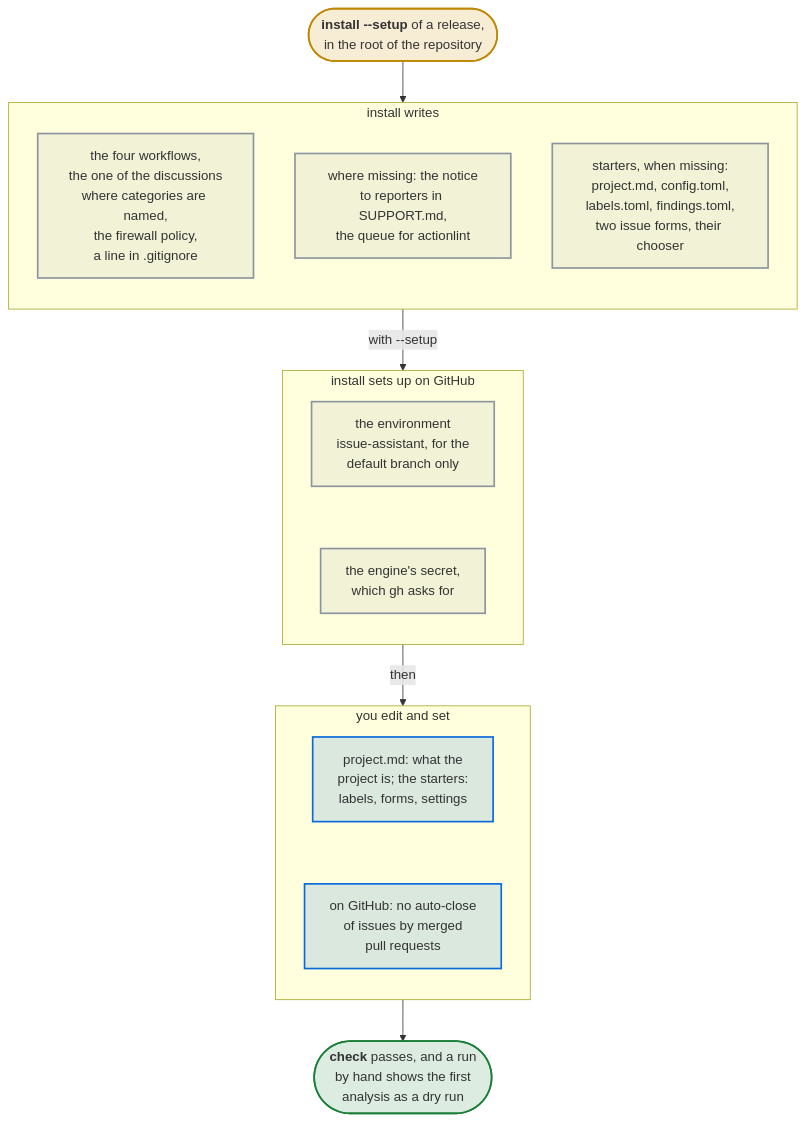
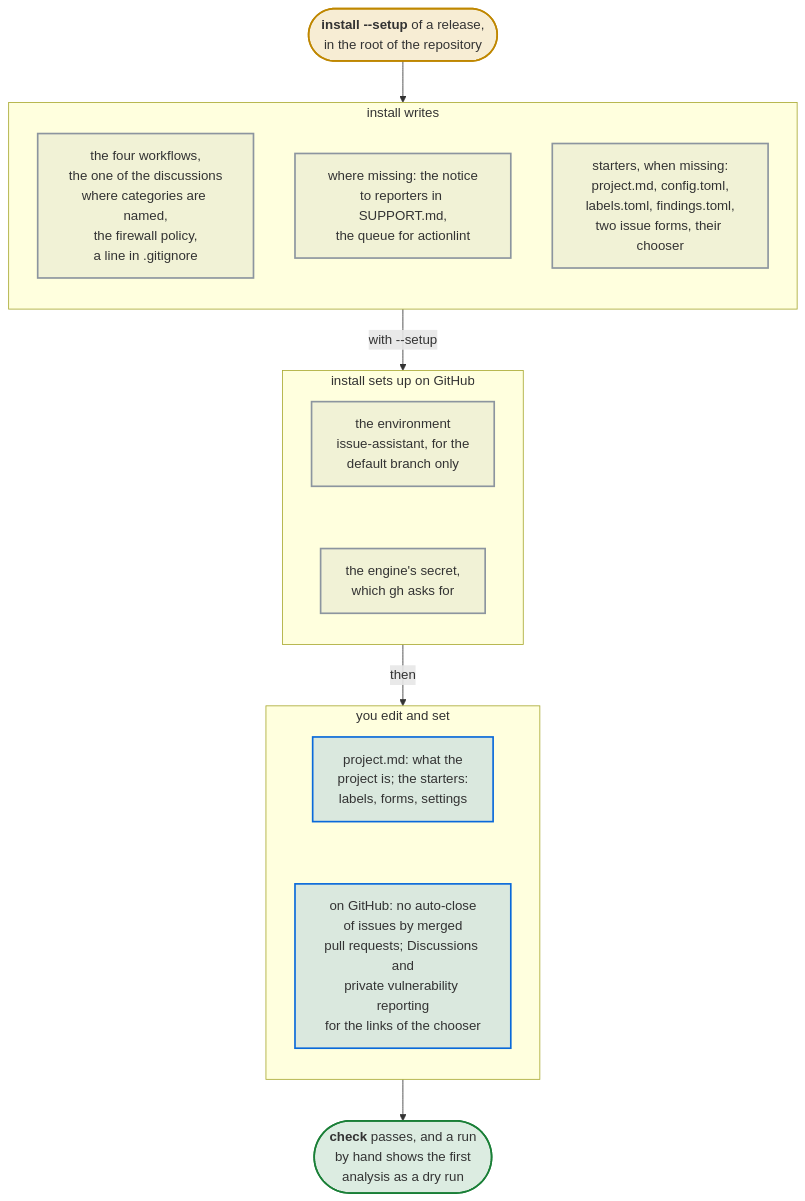
One commit to Dennis-Otto/issue-assistant changed the diagram in docs/diagrams/what-install-writes-what-you-edit-and-what-you-set-on-github.mmd. Above: the diagram before and after it, drawn with Mermaid. The commit also changed 5 other files, not shown here.

First line of the commit message:
fix: heal the chooser on a new install and let install take any GH_REPO

```diff
--- a/docs/diagrams/what-install-writes-what-you-edit-and-what-you-set-on-github.mmd
+++ b/docs/diagrams/what-install-writes-what-you-edit-and-what-you-set-on-github.mmd
@@ -1,33 +1,33 @@
 flowchart TB
   accTitle: What install writes, what you edit and what you set on GitHub
-  accDescr: install of a release, run in the root of the repository, writes the four workflows, the workflow of the discussions where answer_categories of config.toml names a category, the firewall policy .github/egress-firewall.yaml and an entry in .gitignore; adds the notice to reporters to SUPPORT.md and the queue of issue-assistant.yml to actionlint's settings where they are missing; and writes starters of project.md, config.toml, labels.toml, findings.toml and a bug report form when they are missing. With --setup, it also creates the environment issue-assistant on GitHub, limited to the default branch, and asks for the engine's secret. Then you describe the project in project.md, adapt the starters, and turn off the auto-close of issues by merged pull requests. Then check passes, and a run by hand shows the first analysis as a dry run.
+  accDescr: install of a release, run in the root of the repository, writes the four workflows, the workflow of the discussions where answer_categories of config.toml names a category, the firewall policy .github/egress-firewall.yaml and an entry in .gitignore; adds the notice to reporters to SUPPORT.md and the queue of issue-assistant.yml to actionlint's settings where they are missing; and writes starters of project.md, config.toml, labels.toml, findings.toml, two issue forms and their chooser when they are missing. With --setup, it also creates the environment issue-assistant on GitHub, limited to the default branch, and asks for the engine's secret. Then you describe the project in project.md, adapt the starters, turn off the auto-close of issues by merged pull requests, and turn on what the links of the chooser need: Discussions and private vulnerability reporting. Then check passes, and a run by hand shows the first analysis as a dry run.
   install(["`**install --setup** of a release,<br>in the root of the repository`"]) --> written
   subgraph written ["install writes"]
     direction TB
     workflows["the four workflows,<br>the one of the discussions<br>where categories are named,<br>the firewall policy,<br>a line in .gitignore"]
     notices["where missing: the notice<br>to reporters in SUPPORT.md,<br>the queue for actionlint"]
     starters["starters, when missing:<br>project.md, config.toml,<br>labels.toml, findings.toml,<br>two issue forms, their chooser"]
   end
   written -- "with --setup" --> github
   subgraph github ["install sets up on GitHub"]
     direction TB
     environment["the environment<br>issue-assistant, for the<br>default branch only"]
     secret["the engine's secret,<br>which gh asks for"]
     environment ~~~ secret
   end
   github -- "then" --> edited
   subgraph edited ["you edit and set"]
     direction TB
     describe["project.md: what the<br>project is; the starters:<br>labels, forms, settings"]
-    autoclose["on GitHub: no auto-close<br>of issues by merged<br>pull requests"]
+    autoclose["on GitHub: no auto-close<br>of issues by merged<br>pull requests; Discussions and<br>private vulnerability reporting<br>for the links of the chooser"]
     describe ~~~ autoclose
   end
   edited --> check(["`**check** passes, and a run<br>by hand shows the first<br>analysis as a dry run`"])
   classDef trigger fill:#d4a72c33,stroke:#bf8700,stroke-width:2px
   classDef job fill:#8c959f1f,stroke:#8c959f,stroke-width:2px
   classDef person fill:#0969da26,stroke:#0969da,stroke-width:2px
   classDef safe fill:#1a7f3726,stroke:#1a7f37,stroke-width:2px
   class install trigger
   class workflows,notices,starters,environment,secret job
   class describe,autoclose person
   class check safe
```
